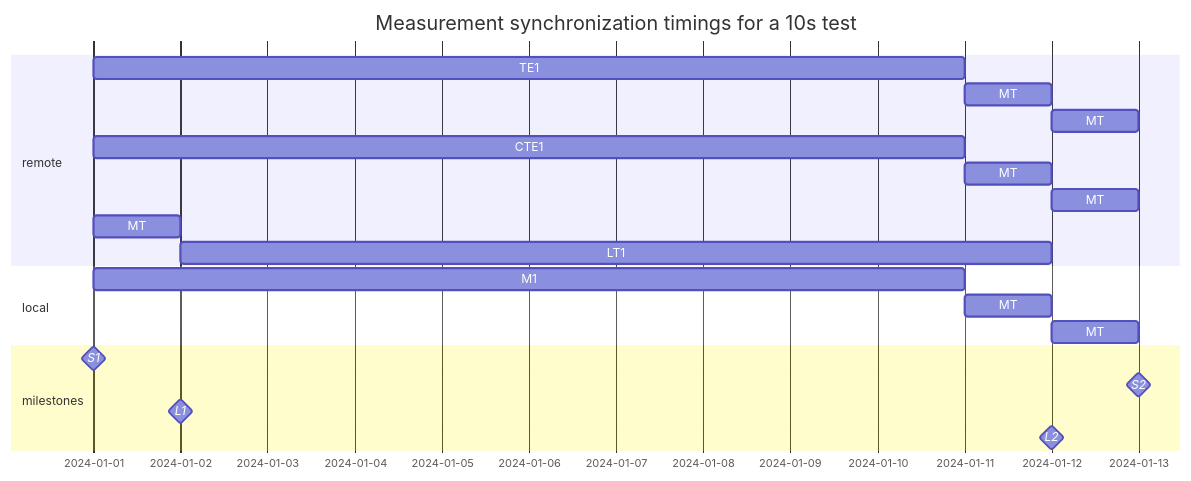
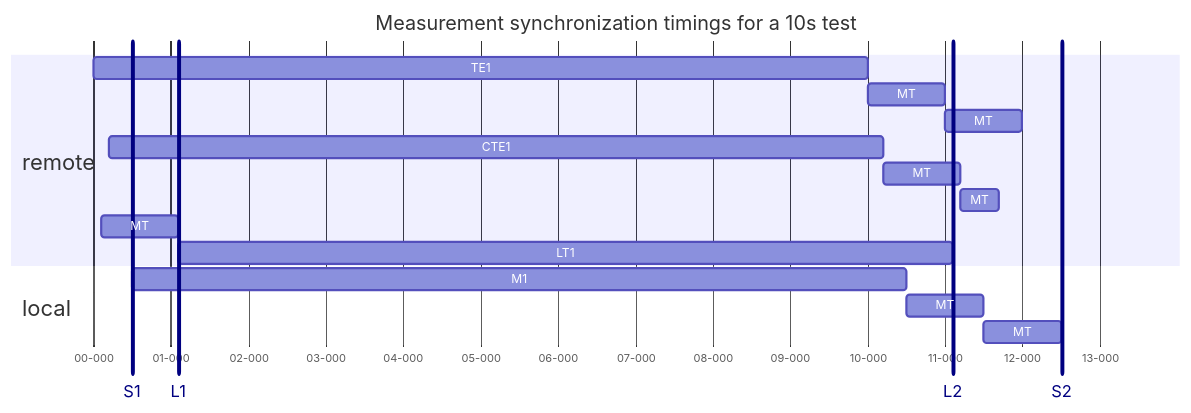
One commit to nickdante8/rt-kernel changed the diagram in Documents/test-execution-gantt.mmd. Above: the diagram before and after it, drawn with Mermaid. The commit also changed 5 other files, not shown here.

```diff
--- a/Documents/test-execution-gantt.mmd
+++ b/Documents/test-execution-gantt.mmd
@@ -1,26 +1,35 @@
+---
+  config:
+    theme: 'default'
+    gantt:
+      sectionFontSize: 20
+---
 gantt
   title Measurement synchronization timings for a 10s test
-  dateFormat  YYYY-MM-DD
-  
+  %% This is a comment
+  axisFormat %S-%L
+  dateFormat ss-SSS
+  %% mtx - stands for margine time,
+  %%       where x is an iterator
+  %% ry_mtx - remote margine time
+  %% ly_mtx - local margine time
   section remote
-    TE1 :2024-01-01, 10d
-    MT  :2024-01-11, 1d
-    MT  :2024-01-12, 1d
-    
-    CTE1 :2024-01-01, 10d
-    MT :2024-01-11, 1d
-    MT :2024-01-12, 1d
-    
-    MT :2024-01-01, 1d
-    LT1 :2024-01-02, 10d
-    
+    %% Test execution script
+    TE1 :rte1, 00-000, 10s
+    MT  :rte_mt1, after rte1, 1s
+    MT  :rte_mt2, after rte_mt1, 1s
+    %% Commands running in test execution script
+    CTE1:rcte1, 00-200, 10s
+    MT  :rcte_mt1, after rcte1, 1s
+    MT  :rcte_mt2, after rcte_mt1, 0.5s
+    %% PIN toggle service
+    MT  :rlt_mt1, 00-100, 1s
+    LT1 :rlt1, after rlt_mt1, 10s
   section local
-    M1 :2024-01-01, 10d
-    MT :2024-01-11, 1d
-    MT :2024-01-12, 1d
-    
-  section milestones
-    S1 :milestone, 2024-01-01, 0d
-    S2 :milestone, 2024-01-13, 0d
-    L1 :milestone, 2024-01-02, 0d
-    L2 :milestone, 2024-01-12, 0d
+    M1  :lm1, 00-500, 10s
+    MT  :lm_mt1, after lm1, 1s
+    MT  :lm_mt2, after lm_mt1, 1s
+  S1  : vert, vs1, 00-500, 1s
+  S2  : vert, vs2, after lm_mt2, 1s
+  L1  : vert, v1, after rlt_mt1, 1s
+  L2  : vert, v2, after rlt1, 1s
```
